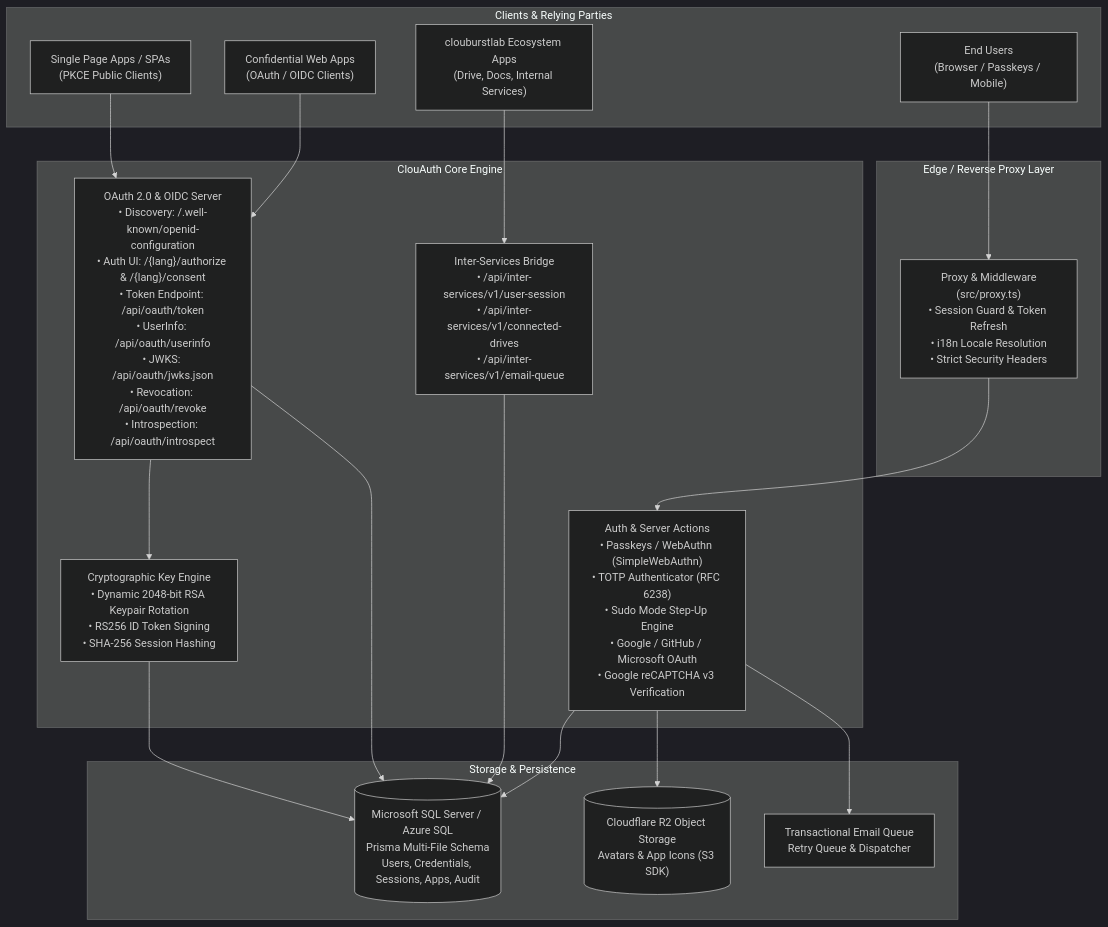
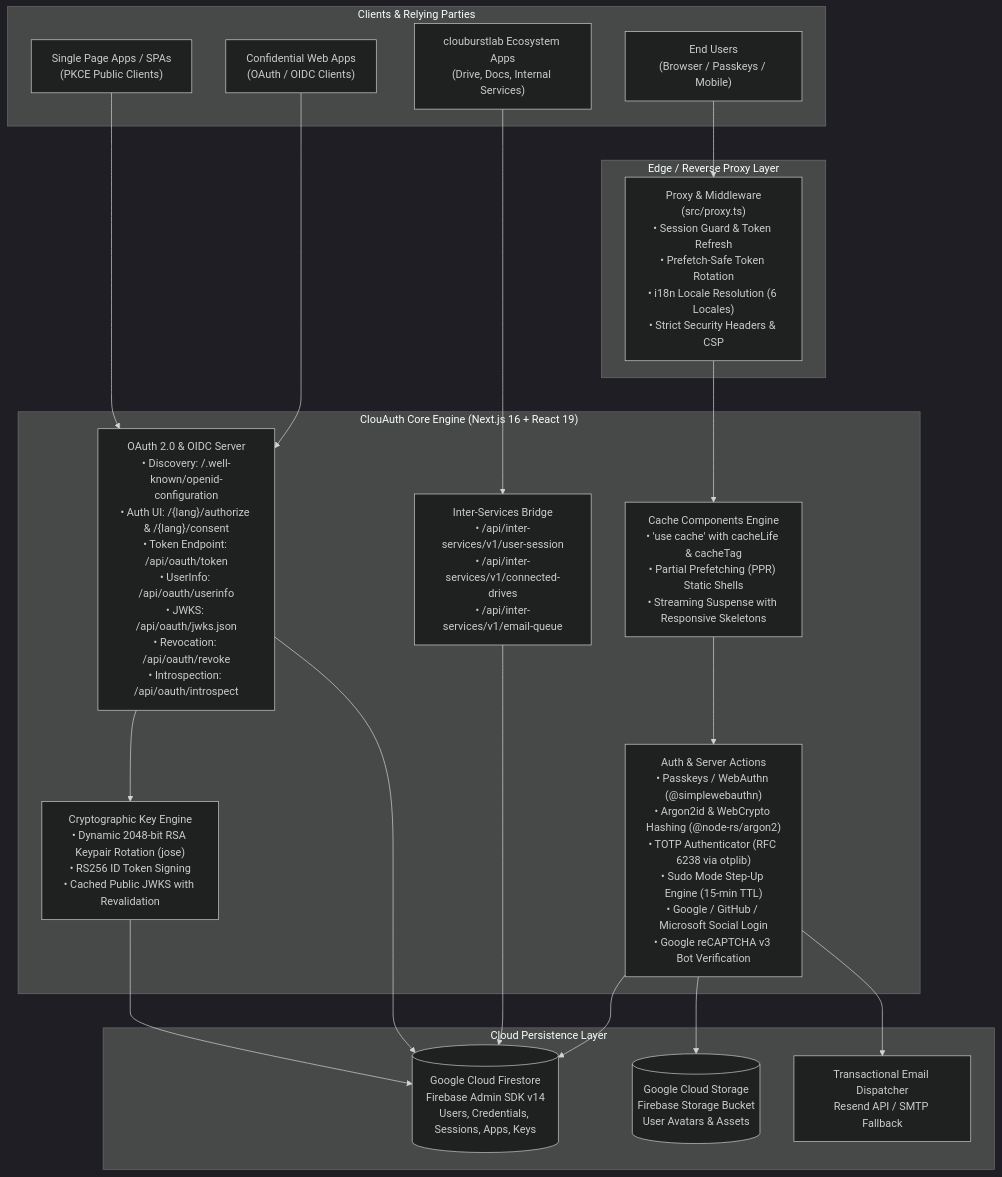
One commit to shawkath646/clouauth changed the first of 2 diagrams in docs/architecture.md. Above: the diagram before and after it, drawn with Mermaid (dark theme). The commit also changed other lines of this file and 195 other files, not shown here.

Commit message:
feat: migrate from Prisma to Firebase Firestore, optimize Next.js 16 Cache Components, and configure OAuth test client

````diff
--- a/docs/architecture.md
+++ b/docs/architecture.md
@@ -11,42 +11,45 @@
 ```mermaid
 flowchart TD
     subgraph Clients["Clients & Relying Parties"]
         SPA["Single Page Apps / SPAs\n(PKCE Public Clients)"]
         WebApps["Confidential Web Apps\n(OAuth / OIDC Clients)"]
         InternalApps["clouburstlab Ecosystem Apps\n(Drive, Docs, Internal Services)"]
         Users["End Users\n(Browser / Passkeys / Mobile)"]
     end
 
     subgraph EdgeLayer["Edge / Reverse Proxy Layer"]
-        Proxy["Proxy & Middleware\n(src/proxy.ts)\n• Session Guard & Token Refresh\n• i18n Locale Resolution\n• Strict Security Headers"]
+        Proxy["Proxy & Middleware\n(src/proxy.ts)\n• Session Guard & Token Refresh\n• Prefetch-Safe Token Rotation\n• i18n Locale Resolution (6 Locales)\n• Strict Security Headers & CSP"]
     end
 
-    subgraph CoreEngine["ClouAuth Core Engine"]
-        AuthServer["Auth & Server Actions\n• Passkeys / WebAuthn (SimpleWebAuthn)\n• TOTP Authenticator (RFC 6238)\n• Sudo Mode Step-Up Engine\n• Google / GitHub / Microsoft OAuth\n• Google reCAPTCHA v3 Verification"]
+    subgraph CoreEngine["ClouAuth Core Engine (Next.js 16 + React 19)"]
+        CacheLayer["Cache Components Engine\n• 'use cache' with cacheLife & cacheTag\n• Partial Prefetching (PPR) Static Shells\n• Streaming Suspense with Responsive Skeletons"]
+
+        AuthServer["Auth & Server Actions\n• Passkeys / WebAuthn (@simplewebauthn)\n• Argon2id & WebCrypto Hashing (@node-rs/argon2)\n• TOTP Authenticator (RFC 6238 via otplib)\n• Sudo Mode Step-Up Engine (15-min TTL)\n• Google / GitHub / Microsoft Social Login\n• Google reCAPTCHA v3 Bot Verification"]
         
         OIDCServer["OAuth 2.0 & OIDC Server\n• Discovery: /.well-known/openid-configuration\n• Auth UI: /{lang}/authorize & /{lang}/consent\n• Token Endpoint: /api/oauth/token\n• UserInfo: /api/oauth/userinfo\n• JWKS: /api/oauth/jwks.json\n• Revocation: /api/oauth/revoke\n• Introspection: /api/oauth/introspect"]
 
         InterServices["Inter-Services Bridge\n• /api/inter-services/v1/user-session\n• /api/inter-services/v1/connected-drives\n• /api/inter-services/v1/email-queue"]
         
-        KeyManager["Cryptographic Key Engine\n• Dynamic 2048-bit RSA Keypair Rotation\n• RS256 ID Token Signing\n• SHA-256 Session Hashing"]
+        KeyManager["Cryptographic Key Engine\n• Dynamic 2048-bit RSA Keypair Rotation (jose)\n• RS256 ID Token Signing\n• Cached Public JWKS with Revalidation"]
     end
 
-    subgraph Storage["Storage & Persistence"]
-        SQLDB[("Microsoft SQL Server / Azure SQL\nPrisma Multi-File Schema\nUsers, Credentials, Sessions, Apps, Audit")]
-        R2[("Cloudflare R2 Object Storage\nAvatars & App Icons (S3 SDK)")]
-        EmailWorker["Transactional Email Queue\nRetry Queue & Dispatcher"]
+    subgraph Storage["Cloud Persistence Layer"]
+        Firestore[("Google Cloud Firestore\nFirebase Admin SDK v14\nUsers, Credentials, Sessions, Apps, Keys")]
+        FirebaseStorage[("Google Cloud Storage\nFirebase Storage Bucket\nUser Avatars & Assets")]
+        EmailWorker["Transactional Email Dispatcher\nResend API / SMTP Fallback"]
     end
 
     Users --> Proxy
     SPA --> OIDCServer
     WebApps --> OIDCServer
     InternalApps --> InterServices
-    Proxy --> AuthServer
-    AuthServer --> SQLDB
-    AuthServer --> R2
+    Proxy --> CacheLayer
+    CacheLayer --> AuthServer
+    AuthServer --> Firestore
+    AuthServer --> FirebaseStorage
     AuthServer --> EmailWorker
     OIDCServer --> KeyManager
-    OIDCServer --> SQLDB
-    KeyManager --> SQLDB
-    InterServices --> SQLDB
+    OIDCServer --> Firestore
+    KeyManager --> Firestore
+    InterServices --> Firestore
 ```
````
